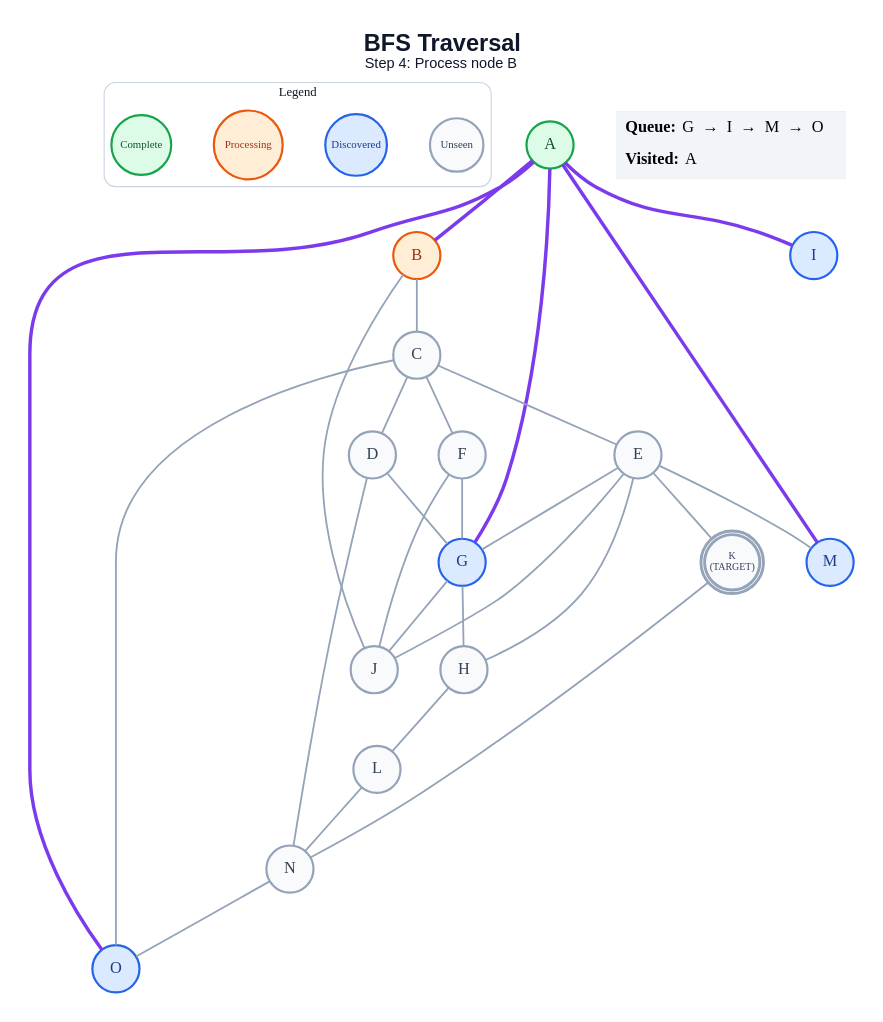
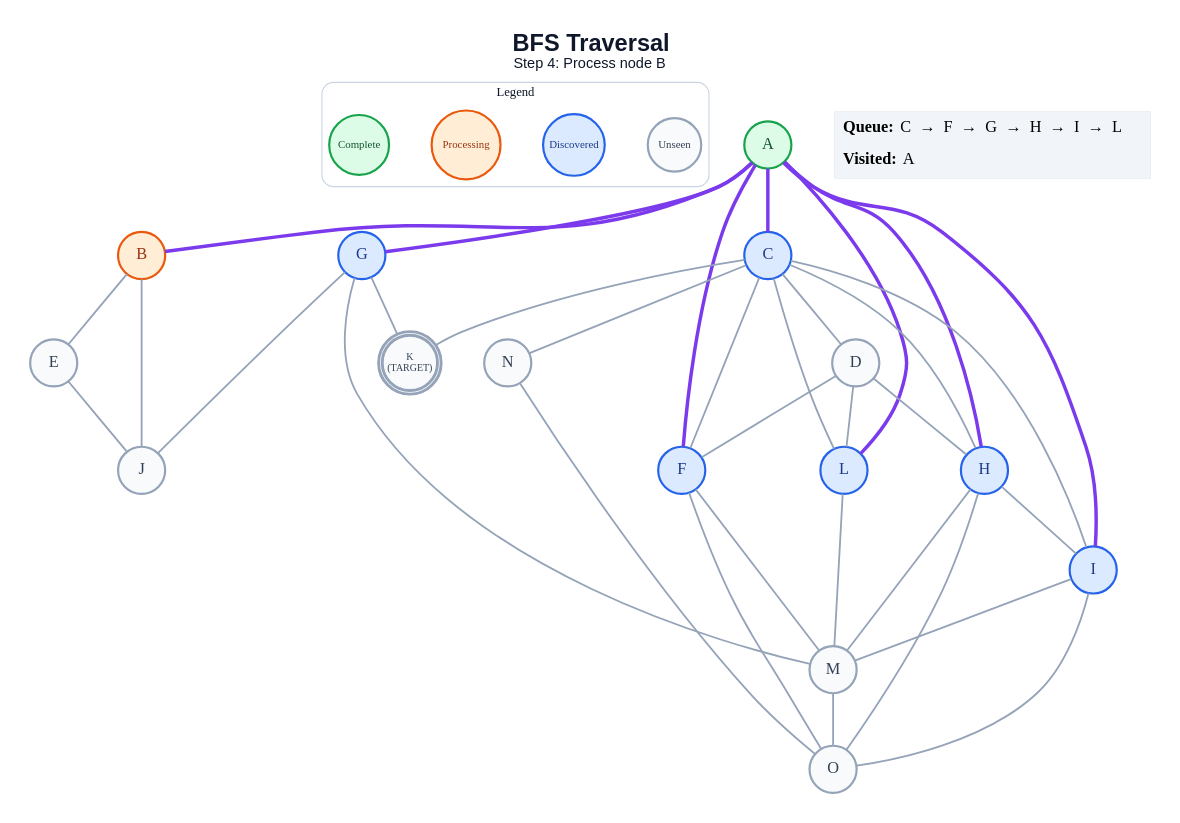
The diagram in generated/short-circuit/bfs/step_04.dot (anon7238593-create/ai-slop), drawn with Graphviz before and after one commit. The commit also changed 265 other files, not shown here.

```diff
--- a/generated/short-circuit/bfs/step_04.dot
+++ b/generated/short-circuit/bfs/step_04.dot
@@ -1,60 +1,67 @@
 graph traversal {
   graph [layout=dot, rankdir=TB, bgcolor="#FFFFFF", pad="0.35", nodesep="0.65", ranksep="0.8", fontname="Arial"];
   node [shape=circle, style="filled", fontname="Arial Bold", fontsize=18, width=0.72, fixedsize=true, penwidth=2.4];
   edge [color="#94A3B8", penwidth=2.0];
   label=<<B>BFS Traversal</B><BR/><FONT POINT-SIZE="16">Step 4: Process node B</FONT>>; labelloc="t"; fontsize=26; fontname="Arial"; fontcolor="#0F172A";
   subgraph cluster_legend { label="Legend"; color="#CBD5E1"; penwidth=1.2; style="rounded"; fontsize=14; fontname="Arial Bold";
     key_unseen [label="Unseen", fillcolor="#F8FAFC", color="#94A3B8", fontcolor="#334155", fontsize=12, width=0.82];
     key_frontier [label="Discovered", fillcolor="#DBEAFE", color="#2563EB", fontcolor="#1E3A8A", fontsize=12, width=0.95];
     key_current [label="Processing", fillcolor="#FFEDD5", color="#EA580C", fontcolor="#9A3412", fontsize=12, width=1.05];
     key_done [label="Complete", fillcolor="#DCFCE7", color="#16A34A", fontcolor="#14532D", fontsize=12, width=0.92];
     { rank=same; key_unseen; key_frontier; key_current; key_done; }
   }
   A [label="A", fillcolor="#DCFCE7", color="#16A34A", fontcolor="#14532D", peripheries=1, penwidth=2.4];
   B [label="B", fillcolor="#FFEDD5", color="#EA580C", fontcolor="#9A3412", peripheries=1, penwidth=2.4];
-  C [label="C", fillcolor="#F8FAFC", color="#94A3B8", fontcolor="#334155", peripheries=1, penwidth=2.4];
+  C [label="C", fillcolor="#DBEAFE", color="#2563EB", fontcolor="#1E3A8A", peripheries=1, penwidth=2.4];
   D [label="D", fillcolor="#F8FAFC", color="#94A3B8", fontcolor="#334155", peripheries=1, penwidth=2.4];
   E [label="E", fillcolor="#F8FAFC", color="#94A3B8", fontcolor="#334155", peripheries=1, penwidth=2.4];
-  F [label="F", fillcolor="#F8FAFC", color="#94A3B8", fontcolor="#334155", peripheries=1, penwidth=2.4];
+  F [label="F", fillcolor="#DBEAFE", color="#2563EB", fontcolor="#1E3A8A", peripheries=1, penwidth=2.4];
   G [label="G", fillcolor="#DBEAFE", color="#2563EB", fontcolor="#1E3A8A", peripheries=1, penwidth=2.4];
-  H [label="H", fillcolor="#F8FAFC", color="#94A3B8", fontcolor="#334155", peripheries=1, penwidth=2.4];
+  H [label="H", fillcolor="#DBEAFE", color="#2563EB", fontcolor="#1E3A8A", peripheries=1, penwidth=2.4];
   I [label="I", fillcolor="#DBEAFE", color="#2563EB", fontcolor="#1E3A8A", peripheries=1, penwidth=2.4];
   J [label="J", fillcolor="#F8FAFC", color="#94A3B8", fontcolor="#334155", peripheries=1, penwidth=2.4];
   K [label="K\n(TARGET)", fillcolor="#F8FAFC", color="#94A3B8", fontcolor="#334155", peripheries=2, penwidth=3.2, fontsize=11, width=0.85, height=0.85];
-  L [label="L", fillcolor="#F8FAFC", color="#94A3B8", fontcolor="#334155", peripheries=1, penwidth=2.4];
-  M [label="M", fillcolor="#DBEAFE", color="#2563EB", fontcolor="#1E3A8A", peripheries=1, penwidth=2.4];
+  L [label="L", fillcolor="#DBEAFE", color="#2563EB", fontcolor="#1E3A8A", peripheries=1, penwidth=2.4];
+  M [label="M", fillcolor="#F8FAFC", color="#94A3B8", fontcolor="#334155", peripheries=1, penwidth=2.4];
   N [label="N", fillcolor="#F8FAFC", color="#94A3B8", fontcolor="#334155", peripheries=1, penwidth=2.4];
-  O [label="O", fillcolor="#DBEAFE", color="#2563EB", fontcolor="#1E3A8A", peripheries=1, penwidth=2.4];
+  O [label="O", fillcolor="#F8FAFC", color="#94A3B8", fontcolor="#334155", peripheries=1, penwidth=2.4];
   A -- B [color="#7C3AED", penwidth=3.8];
+  A -- C [color="#7C3AED", penwidth=3.8];
+  A -- F [color="#7C3AED", penwidth=3.8];
   A -- G [color="#7C3AED", penwidth=3.8];
+  A -- H [color="#7C3AED", penwidth=3.8];
   A -- I [color="#7C3AED", penwidth=3.8];
-  A -- M [color="#7C3AED", penwidth=3.8];
-  A -- O [color="#7C3AED", penwidth=3.8];
-  B -- C;
+  A -- L [color="#7C3AED", penwidth=3.8];
+  B -- E;
   B -- J;
   C -- D;
-  C -- E;
   C -- F;
-  C -- O;
-  D -- G;
-  D -- N;
-  E -- G;
-  E -- H;
+  C -- H;
+  C -- I;
+  C -- K;
+  C -- L;
+  C -- N;
+  D -- F;
+  D -- H;
+  D -- L;
   E -- J;
-  E -- K;
-  E -- M;
-  F -- G;
-  F -- J;
-  G -- H;
+  F -- M;
+  F -- O;
   G -- J;
-  H -- L;
-  K -- N;
-  L -- N;
+  G -- K;
+  G -- M;
+  H -- I;
+  H -- M;
+  H -- O;
+  I -- M;
+  I -- O;
+  L -- M;
+  M -- O;
   N -- O;
   status [shape=plain, fixedsize=false, width=0, height=0, margin=0, label=<
     <TABLE BORDER="0" CELLBORDER="0" CELLPADDING="7" BGCOLOR="#F1F5F9">
-      <TR><TD ALIGN="LEFT"><B>Queue:</B> G  →  I  →  M  →  O</TD></TR>
+      <TR><TD ALIGN="LEFT"><B>Queue:</B> C  →  F  →  G  →  H  →  I  →  L</TD></TR>
       <TR><TD ALIGN="LEFT"><B>Visited:</B> A</TD></TR>
     </TABLE>
   >];
 }
```
